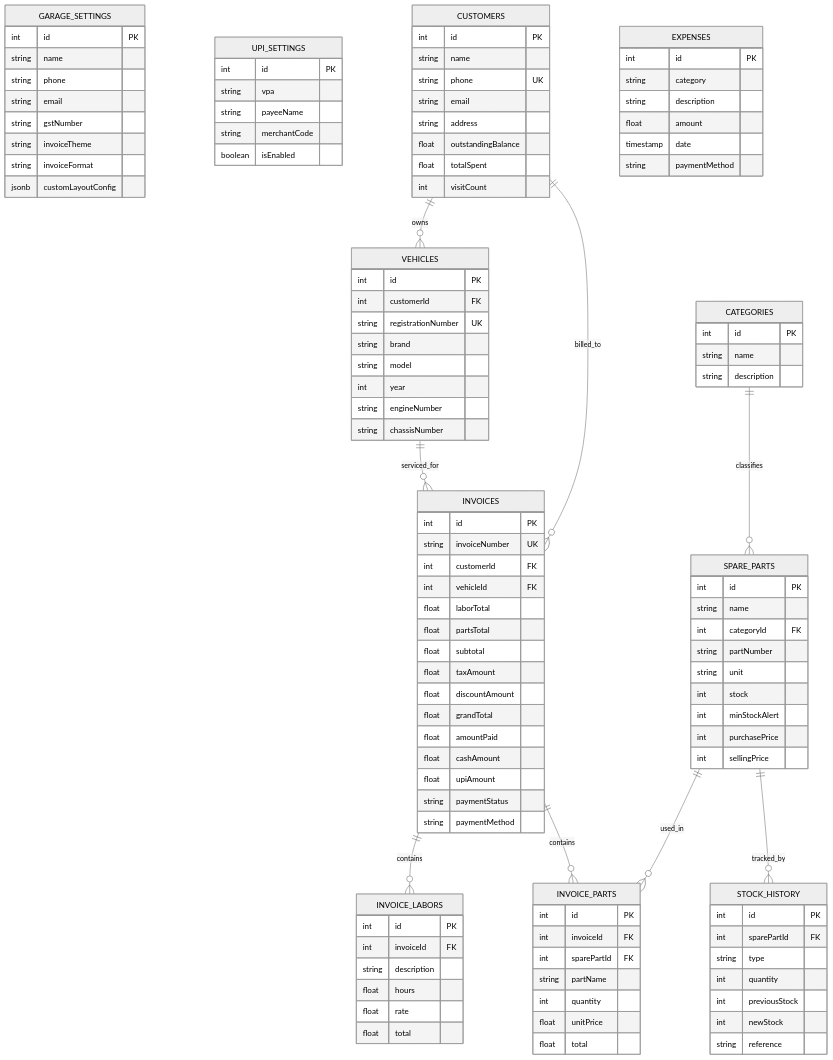
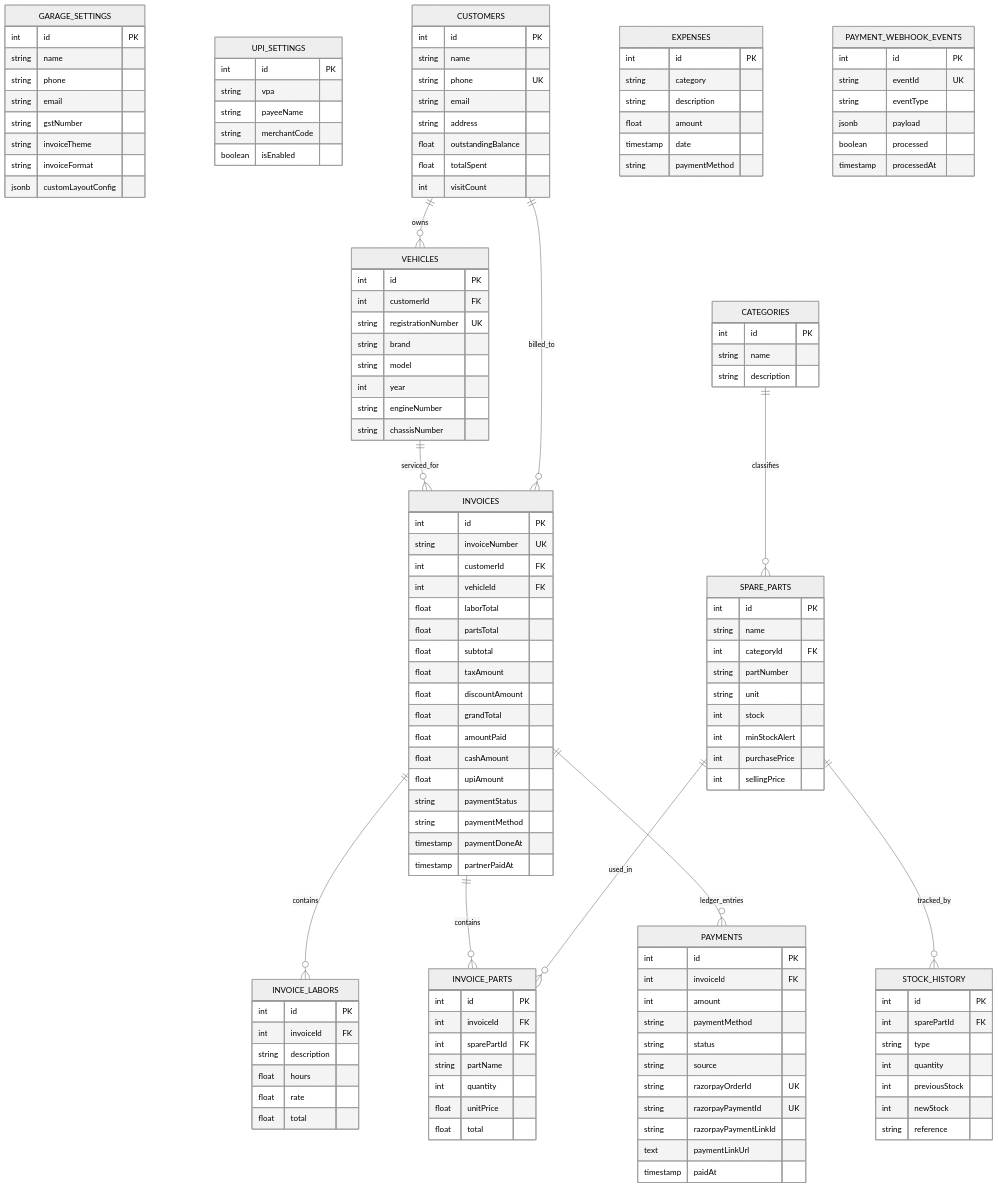
One commit to Virendra-Phirke/TRACTOR_GARAJ_MANAGEMENT_SYSTEM changed the second of 2 diagrams in README.md. Above: the diagram before and after it, drawn with Mermaid (neutral theme). The commit also changed other lines of this file and 2 other files, not shown here.

Commit message:
docs: update README with Razorpay suite, WhatsApp examples, ER diagram, and safe .env template

````diff
--- a/README.md
+++ b/README.md
@@ -233,6 +298,7 @@
     }
     INVOICES ||--o{ INVOICE_LABORS : contains
     INVOICES ||--o{ INVOICE_PARTS : contains
+    INVOICES ||--o{ PAYMENTS : ledger_entries
     INVOICES {
         int id PK
         string invoiceNumber UK
@@ -249,6 +315,8 @@
         float upiAmount
         string paymentStatus
         string paymentMethod
+        timestamp paymentDoneAt
+        timestamp partnerPaidAt
     }
     INVOICE_LABORS {
         int id PK
@@ -284,4 +352,25 @@
         int newStock
         string reference
     }
+    PAYMENTS {
+        int id PK
+        int invoiceId FK
+        int amount
+        string paymentMethod
+        string status
+        string source
+        string razorpayOrderId UK
+        string razorpayPaymentId UK
+        string razorpayPaymentLinkId
+        text paymentLinkUrl
+        timestamp paidAt
+    }
+    PAYMENT_WEBHOOK_EVENTS {
+        int id PK
+        string eventId UK
+        string eventType
+        jsonb payload
+        boolean processed
+        timestamp processedAt
+    }
 ```
````
